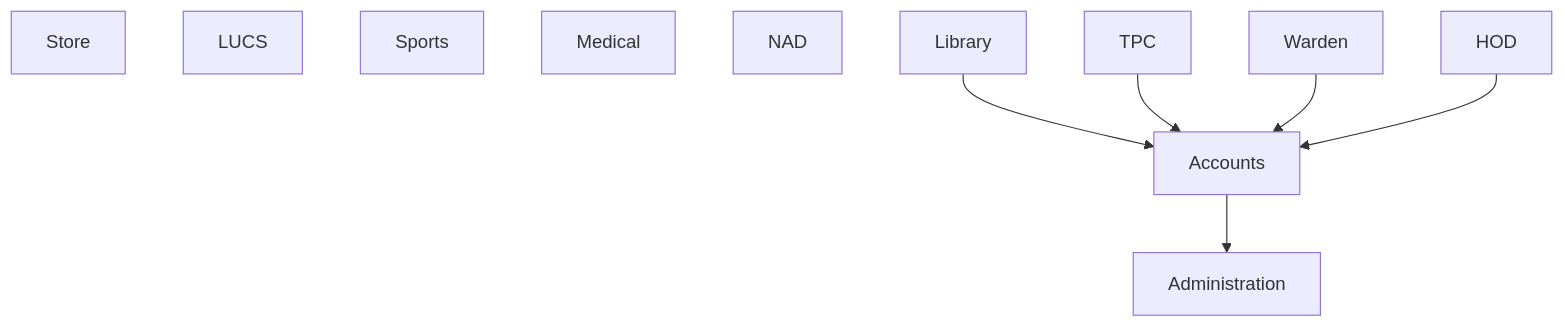
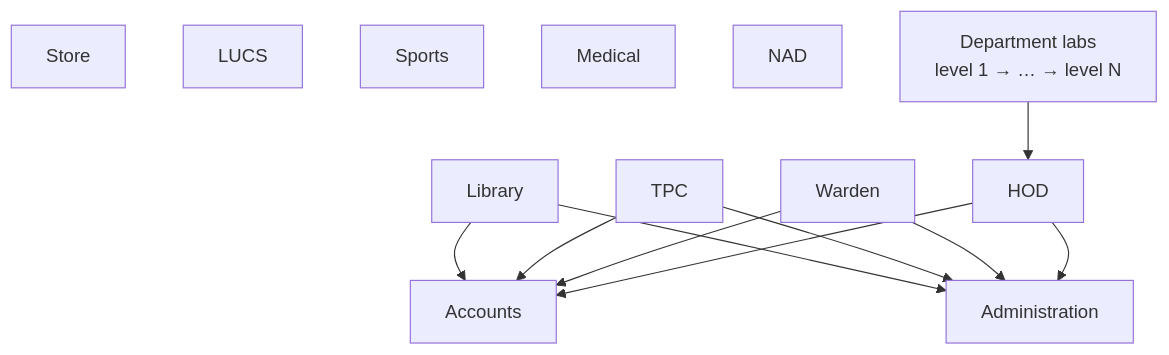
Before and after one commit to manashatwar/LNMIIT-NO-DUES-PORTAL: the second of 6 diagrams in docs/DESIGN.md, drawn with Mermaid. The commit also changed other lines of this file, not shown here.

````diff
--- a/docs/DESIGN.md
+++ b/docs/DESIGN.md
@@ -155,13 +187,17 @@
 ```mermaid
 flowchart TD
     STO[Store]
     LUCS[LUCS]
     SPO[Sports]
     MED[Medical]
     NAD[NAD]
+    LABS[Department labs<br/>level 1 → … → level N] --> HOD
     LIB[Library] --> ACC[Accounts]
     TPC[TPC] --> ACC
     WAR[Warden] --> ACC
     HOD[HOD] --> ACC
-    ACC --> ADM[Administration]
+    LIB --> ADM[Administration]
+    TPC --> ADM
+    WAR --> ADM
+    HOD --> ADM
 ```
````
